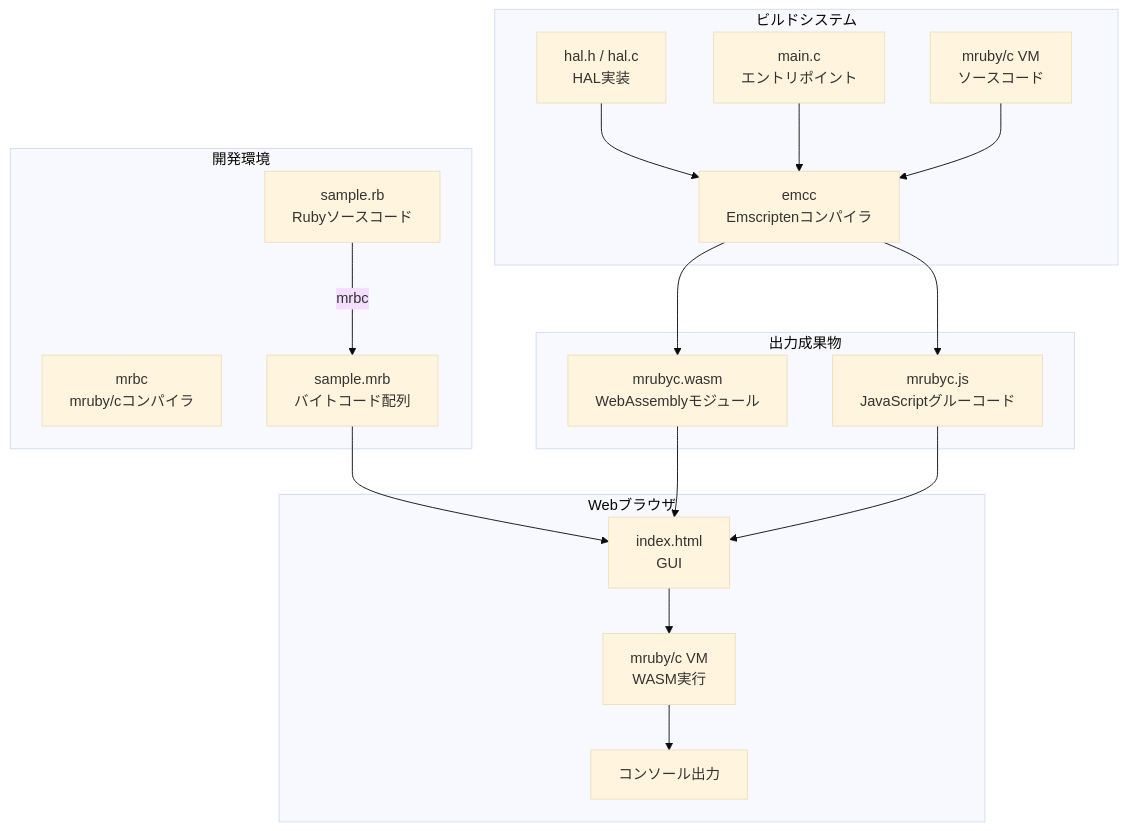
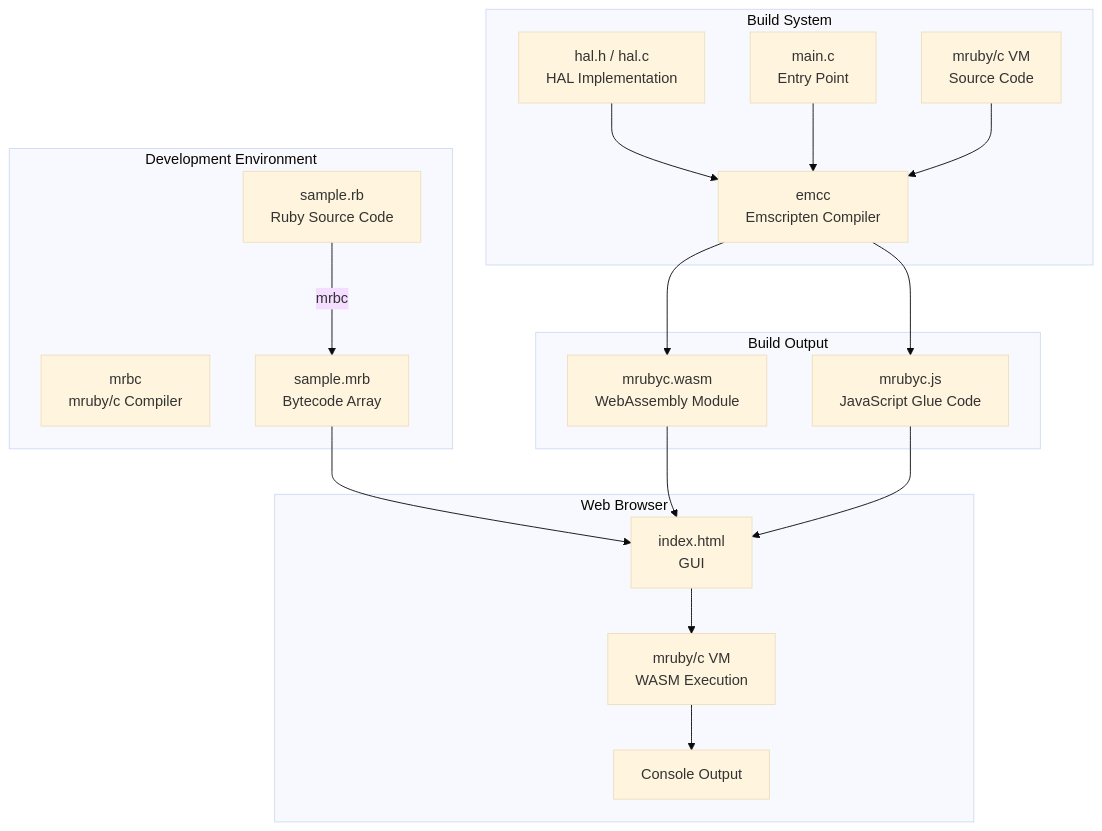
One commit to uist1idrju3i/study-WebSimulator changed the first of 6 diagrams in README.md. Above: the diagram before and after it, drawn with Mermaid (base theme). The commit also changed other lines of this file, not shown here.

First line of the commit message:
docs: Translate README.md to English and update WASM API reference

````diff
--- a/README.md
+++ b/README.md
@@ -15,39 +15,39 @@
 ```mermaid
 graph TB
-    subgraph "開発環境"
-        RB[sample.rb<br/>Rubyソースコード]
-        MRBC[mrbc<br/>mruby/cコンパイラ]
-        BC[sample.mrb<br/>バイトコード配列]
+    subgraph "Development Environment"
+        RB[sample.rb<br/>Ruby Source Code]
+        MRBC[mrbc<br/>mruby/c Compiler]
+        BC[sample.mrb<br/>Bytecode Array]
     end
     
-    subgraph "ビルドシステム"
-        HAL[hal.h / hal.c<br/>HAL実装]
-        MAIN[main.c<br/>エントリポイント]
-        MRUBYC[mruby/c VM<br/>ソースコード]
-        EMCC[emcc<br/>Emscriptenコンパイラ]
+    subgraph "Build System"
+        HAL[hal.h / hal.c<br/>HAL Implementation]
+        MAIN[main.c<br/>Entry Point]
+        MRUBYC[mruby/c VM<br/>Source Code]
+        EMCC[emcc<br/>Emscripten Compiler]
     end
     
-    subgraph "出力成果物"
-        WASM[mrubyc.wasm<br/>WebAssemblyモジュール]
-        JS[mrubyc.js<br/>JavaScriptグルーコード]
+    subgraph "Build Output"
+        WASM[mrubyc.wasm<br/>WebAssembly Module]
+        JS[mrubyc.js<br/>JavaScript Glue Code]
     end
     
-    subgraph "Webブラウザ"
+    subgraph "Web Browser"
         HTML[index.html<br/>GUI]
-        RUNTIME[mruby/c VM<br/>WASM実行]
-        OUTPUT[コンソール出力]
+        RUNTIME[mruby/c VM<br/>WASM Execution]
+        OUTPUT[Console Output]
     end
     
     RB -->|mrbc| BC
     BC --> HTML
     HAL --> EMCC
     MAIN --> EMCC
     MRUBYC --> EMCC
     EMCC --> WASM
     EMCC --> JS
     
     WASM --> HTML
     JS --> HTML
     HTML --> RUNTIME
     RUNTIME --> OUTPUT
 ```
````
